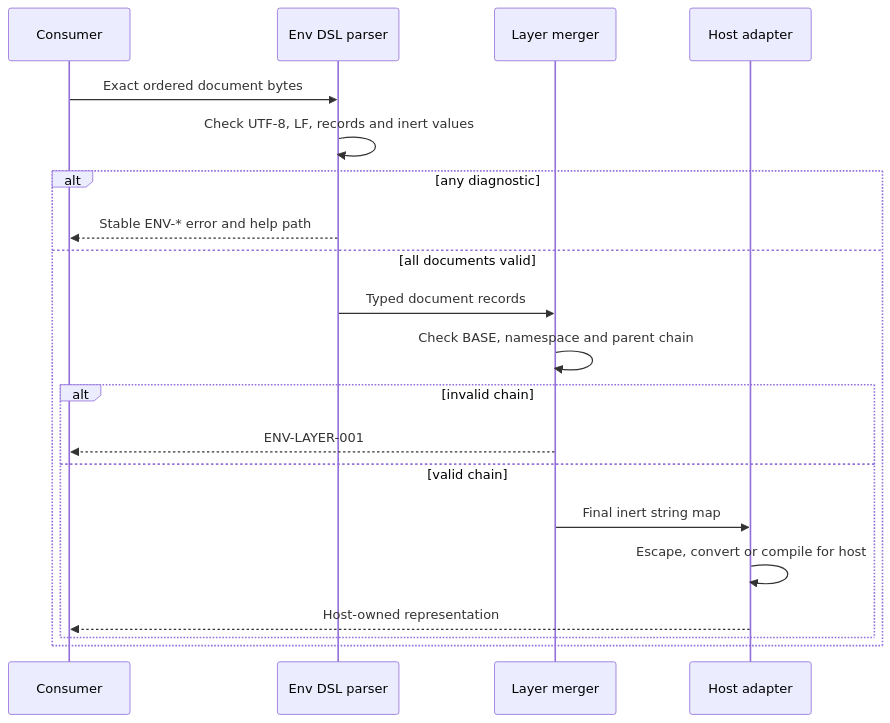
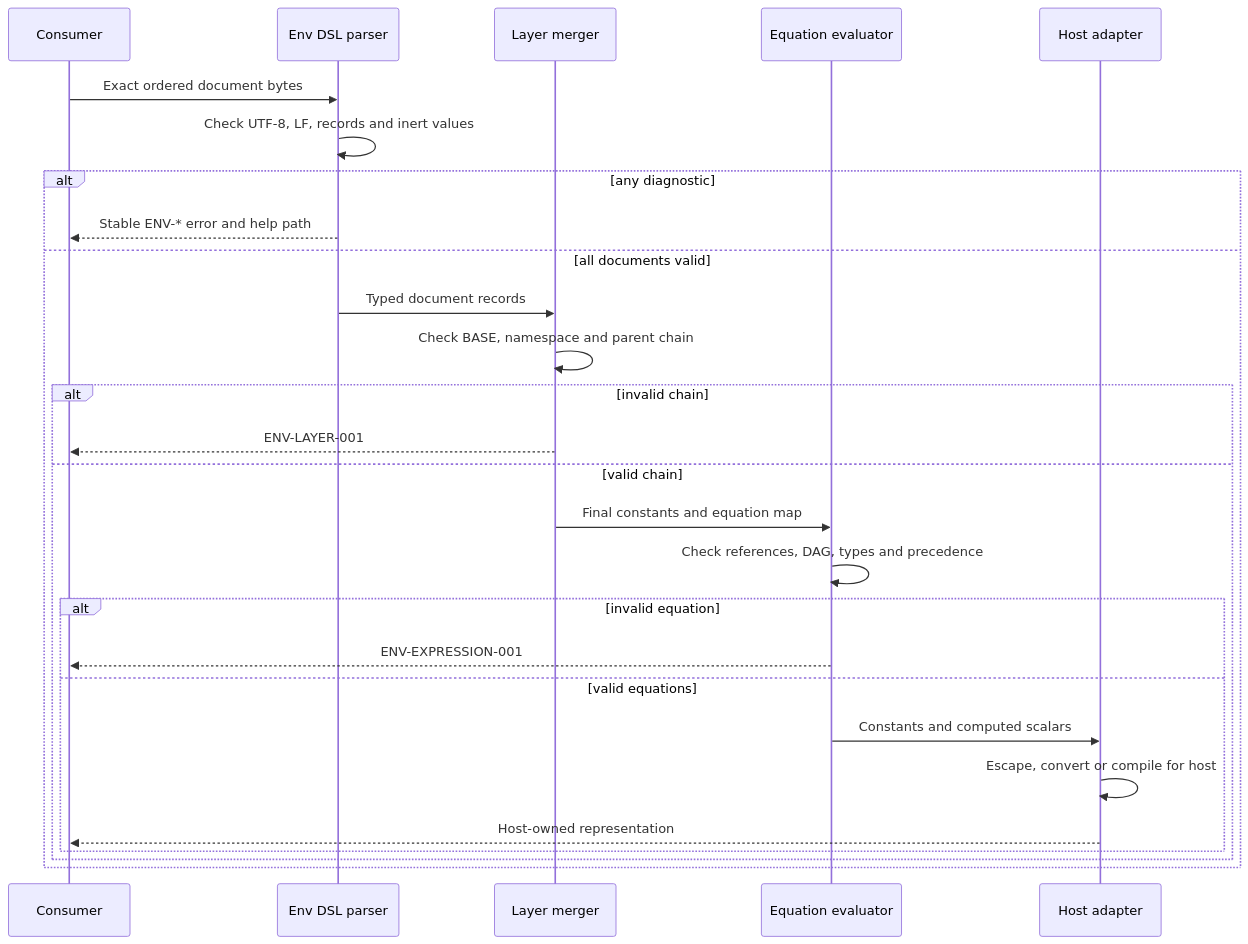
Before and after one commit to wellmanifest/env-dsl: the diagram in docs/LOGIC_FLOW.md, drawn with Mermaid. The commit also changed other lines of this file and 14 other files, not shown here.

````diff
--- a/docs/LOGIC_FLOW.md
+++ b/docs/LOGIC_FLOW.md
@@ -6,22 +7,29 @@
 ```mermaid
 sequenceDiagram
     participant C as Consumer
     participant P as Env DSL parser
     participant L as Layer merger
+    participant E as Equation evaluator
     participant A as Host adapter
     C->>P: Exact ordered document bytes
     P->>P: Check UTF-8, LF, records and inert values
     alt any diagnostic
         P-->>C: Stable ENV-* error and help path
     else all documents valid
         P->>L: Typed document records
         L->>L: Check BASE, namespace and parent chain
         alt invalid chain
             L-->>C: ENV-LAYER-001
         else valid chain
-            L->>A: Final inert string map
-            A->>A: Escape, convert or compile for host
-            A-->>C: Host-owned representation
+            L->>E: Final constants and equation map
+            E->>E: Check references, DAG, types and precedence
+            alt invalid equation
+                E-->>C: ENV-EXPRESSION-001
+            else valid equations
+                E->>A: Constants and computed scalars
+                A->>A: Escape, convert or compile for host
+                A-->>C: Host-owned representation
+            end
         end
     end
 ```
````
